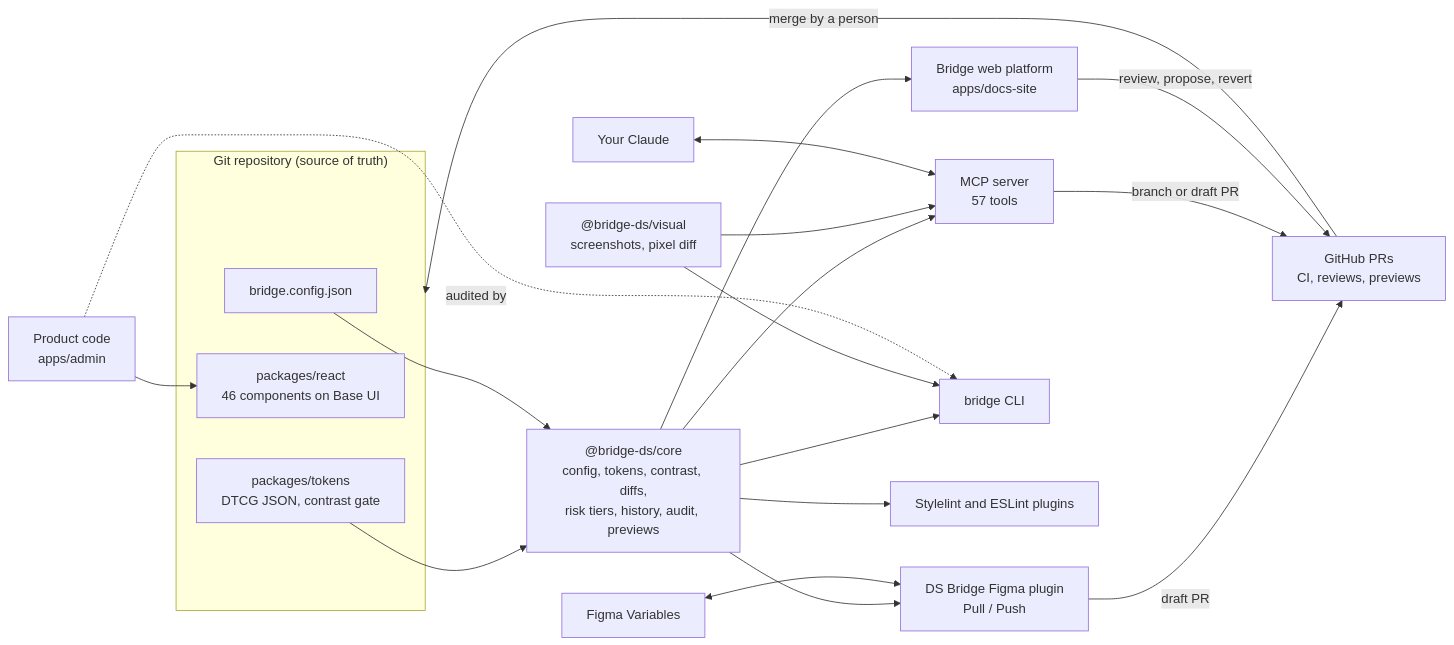
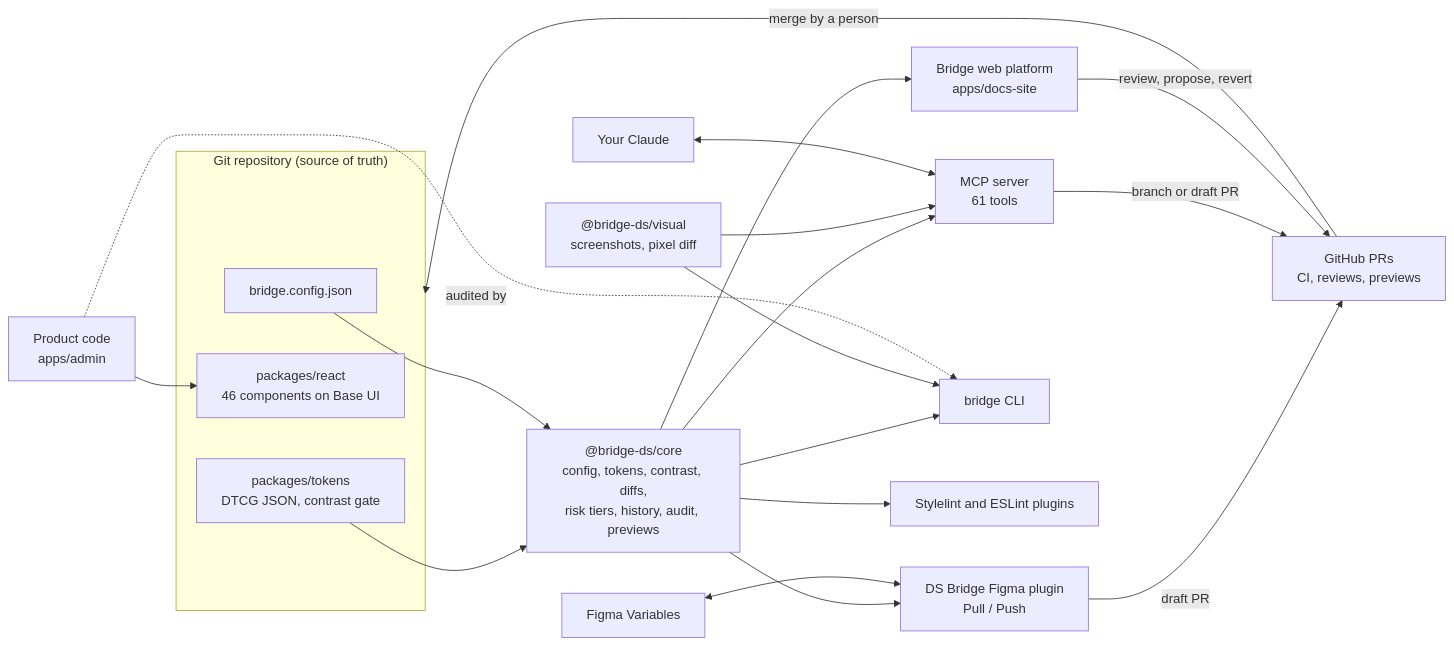
One commit to peterbono/ai-design-system-demo changed the diagram in README.md. Above: the diagram before and after it, drawn with Mermaid. The commit also changed other lines of this file and 28 other files, not shown here.

First line of the commit message:
feat(core, mcp, cli, figma-plugin): push components from Figma to library branches

````diff
--- a/README.md
+++ b/README.md
@@ -130,31 +130,31 @@
 ```mermaid
 flowchart LR
   subgraph repo["Git repository (source of truth)"]
     tokens["packages/tokens<br/>DTCG JSON, contrast gate"]
     react["packages/react<br/>46 components on Base UI"]
     config["bridge.config.json"]
   end
 
   core["@bridge-ds/core<br/>config, tokens, contrast, diffs,<br/>risk tiers, history, audit, previews"]
 
   tokens --> core
   config --> core
 
   core --> docs["Bridge web platform<br/>apps/docs-site"]
   core --> plugin["DS Bridge Figma plugin<br/>Pull / Push"]
-  core --> mcp["MCP server<br/>57 tools"]
+  core --> mcp["MCP server<br/>61 tools"]
   core --> cli["bridge CLI"]
   core --> lint["Stylelint and ESLint plugins"]
   visual["@bridge-ds/visual<br/>screenshots, pixel diff"] --> cli
   visual --> mcp
 
   claude["Your Claude"] <--> mcp
   figma["Figma Variables"] <--> plugin
   product["Product code<br/>apps/admin"] --> react
   product -. audited by .-> cli
 
   plugin -- draft PR --> gh["GitHub PRs<br/>CI, reviews, previews"]
   mcp -- branch or draft PR --> gh
   docs -- review, propose, revert --> gh
   gh -- merge by a person --> repo
 ```
````
